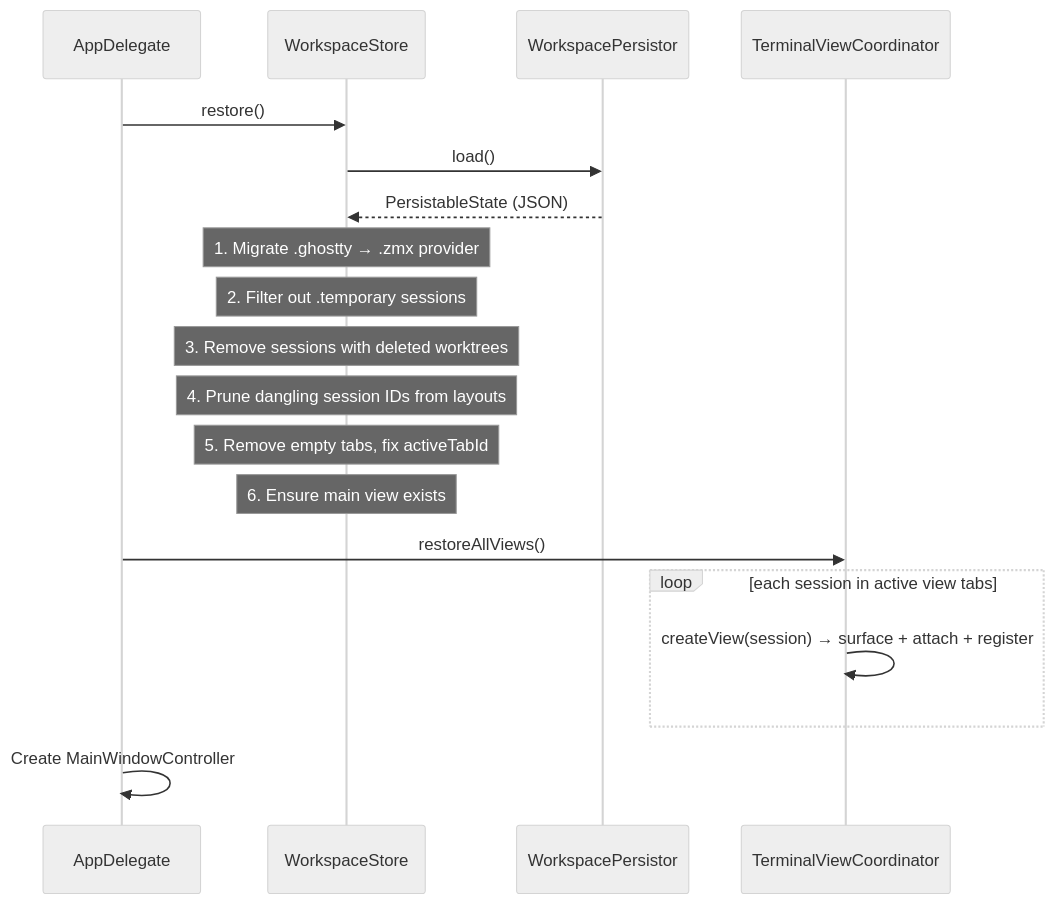
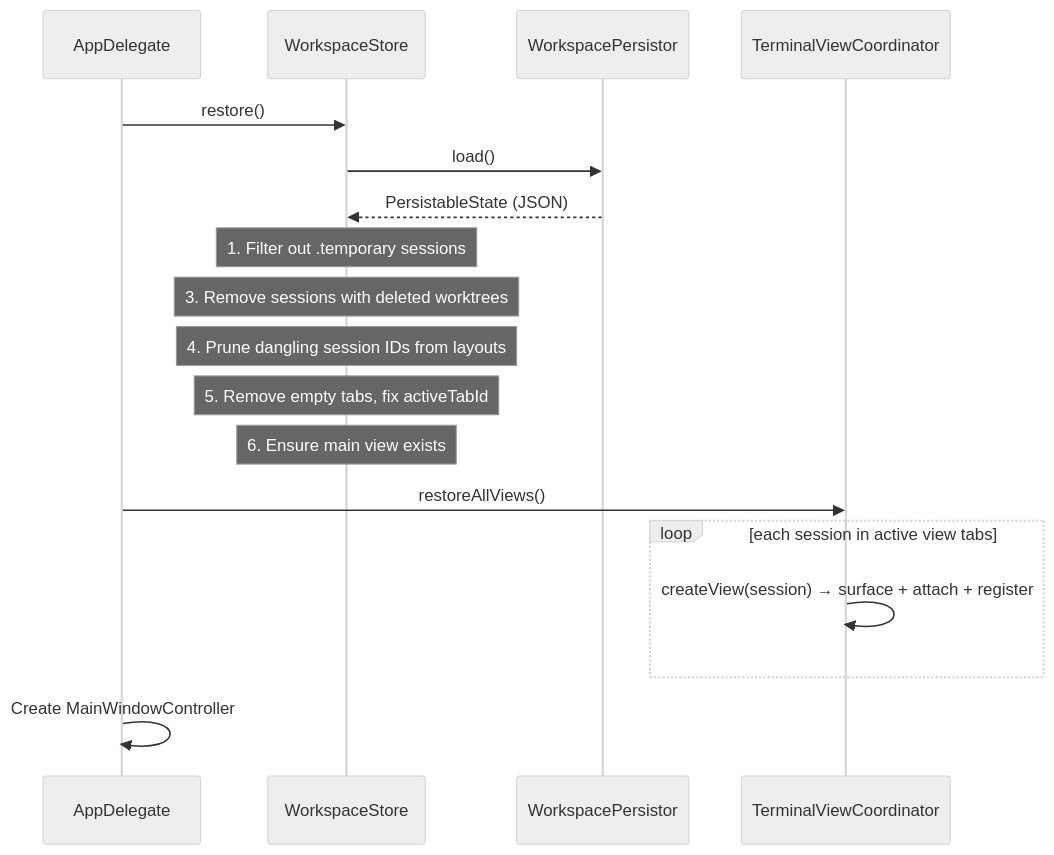
One commit to ShravanSunder/agentstudio changed the fourth of 5 diagrams in docs/architecture/session_lifecycle.md. Above: the diagram before and after it, drawn with Mermaid (neutral theme). The commit also changed other lines of this file and 3 other files, not shown here.

````diff
--- a/docs/architecture/session_lifecycle.md
+++ b/docs/architecture/session_lifecycle.md
@@ -157,25 +157,24 @@
 ```mermaid
 sequenceDiagram
     participant AD as AppDelegate
     participant Store as WorkspaceStore
     participant P as WorkspacePersistor
     participant Coord as TerminalViewCoordinator
 
     AD->>Store: restore()
     Store->>P: load()
     P-->>Store: PersistableState (JSON)
 
-    Note over Store: 1. Migrate .ghostty → .zmx provider
-    Note over Store: 2. Filter out .temporary sessions
+    Note over Store: 1. Filter out .temporary sessions
     Note over Store: 3. Remove sessions with deleted worktrees
     Note over Store: 4. Prune dangling session IDs from layouts
     Note over Store: 5. Remove empty tabs, fix activeTabId
     Note over Store: 6. Ensure main view exists
 
     AD->>Coord: restoreAllViews()
     loop each session in active view tabs
         Coord->>Coord: createView(session) → surface + attach + register
     end
 
     AD->>AD: Create MainWindowController
 ```
````
